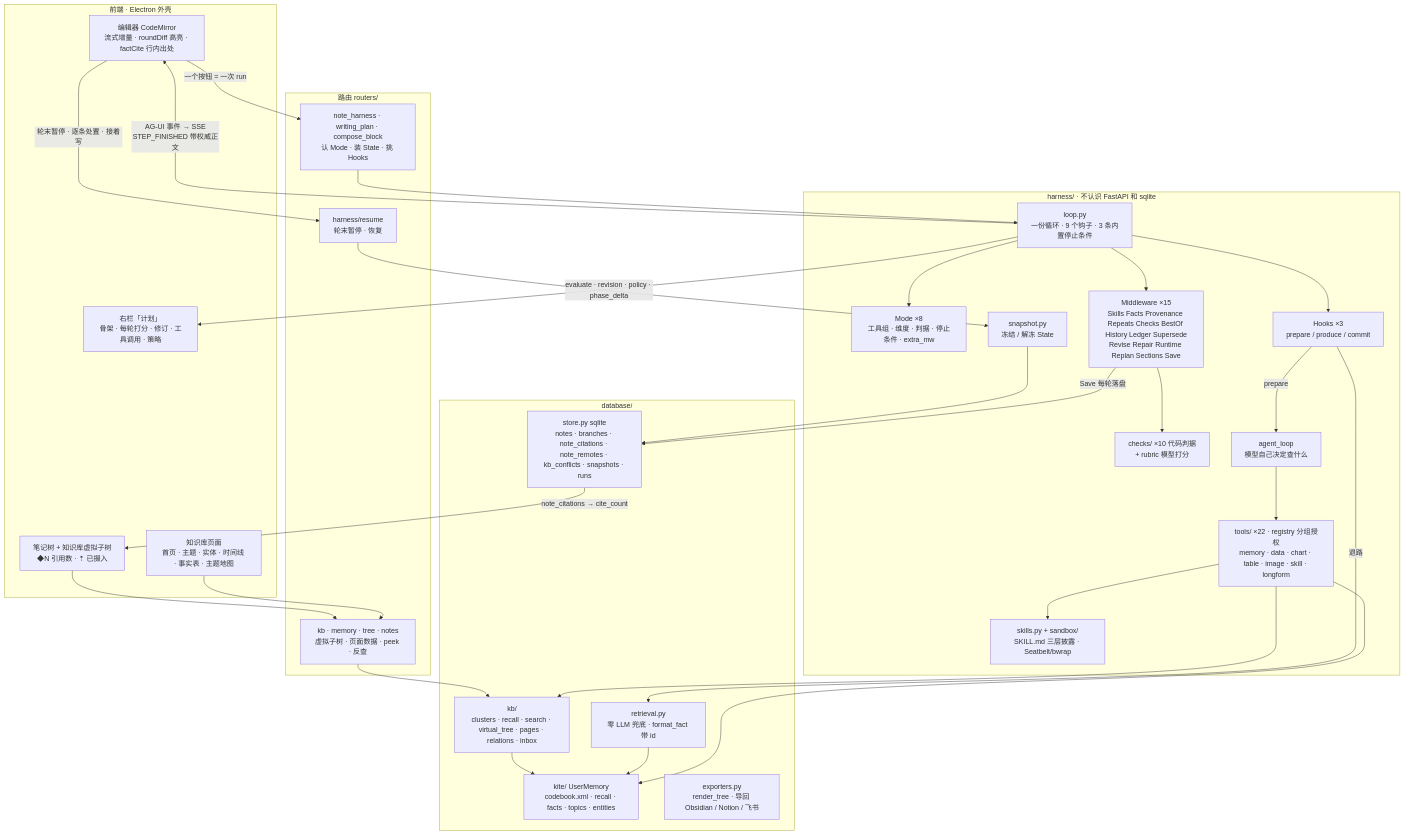
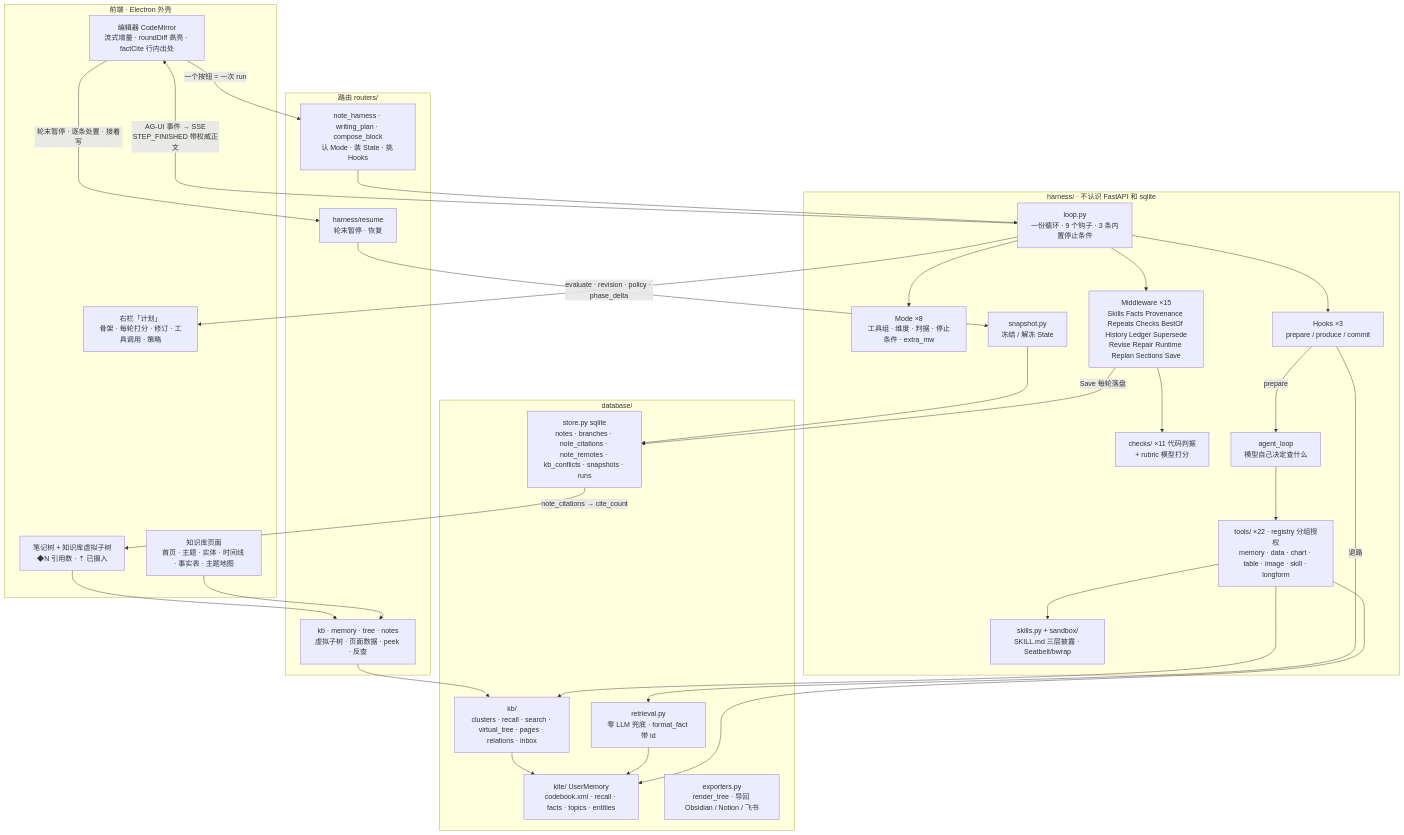
One commit to huilongbaba/MEMOKET_NOTE changed the diagram in docs/harness-framework.md. Above: the diagram before and after it, drawn with Mermaid. The commit also changed other lines of this file and 23 other files, not shown here.

````diff
--- a/docs/harness-framework.md
+++ b/docs/harness-framework.md
@@ -41,60 +41,60 @@
 ```mermaid
 flowchart TB
   subgraph UI["前端 · Electron 外壳"]
     ED["编辑器 CodeMirror<br/>流式增量 · roundDiff 高亮 · factCite 行内出处"]
     PLAN["右栏「计划」<br/>骨架 · 每轮打分 · 修订 · 工具调用 · 策略"]
     TREE["笔记树 + 知识库虚拟子树<br/>◆N 引用数 · ⇡ 已摄入"]
     KBP["知识库页面<br/>首页 · 主题 · 实体 · 时间线 · 事实表 · 主题地图"]
   end
 
   subgraph API["路由 routers/"]
     NH["note_harness · writing_plan · compose_block<br/>认 Mode · 装 State · 挑 Hooks"]
     RS["harness/resume<br/>轮末暂停 · 恢复"]
     KBR["kb · memory · tree · notes<br/>虚拟子树 · 页面数据 · peek · 反查"]
   end
 
   subgraph H["harness/ · 不认识 FastAPI 和 sqlite"]
     LOOP["loop.py<br/>一份循环 · 9 个钩子 · 3 条内置停止条件"]
     MODE["Mode ×8<br/>工具组 · 维度 · 判据 · 停止条件 · extra_mw"]
     HOOKS["Hooks ×3<br/>prepare / produce / commit"]
     MW["Middleware ×15<br/>Skills Facts Provenance Repeats Checks BestOf History Ledger Supersede<br/>Revise Repair Runtime Replan Sections Save"]
-    CHK["checks/ ×10 代码判据<br/>+ rubric 模型打分"]
+    CHK["checks/ ×11 代码判据<br/>+ rubric 模型打分"]
     TOOLS["tools/ ×22 · registry 分组授权<br/>memory · data · chart · table · image · skill · longform"]
     AL["agent_loop<br/>模型自己决定查什么"]
     SK["skills.py + sandbox/<br/>SKILL.md 三层披露 · Seatbelt/bwrap"]
     SNAP["snapshot.py<br/>冻结 / 解冻 State"]
   end
 
   subgraph DB["database/"]
     STORE["store.py sqlite<br/>notes · branches · note_citations · note_remotes · kb_conflicts · snapshots · runs"]
     KITE["kite/ UserMemory<br/>codebook.xml · recall · facts · topics · entities"]
     KB["kb/<br/>clusters · recall · search · virtual_tree · pages · relations · inbox"]
     EXP["exporters.py<br/>render_tree · 导回 Obsidian / Notion / 飞书"]
     RET["retrieval.py<br/>零 LLM 兜底 · format_fact 带 id"]
   end
 
   ED -- "一个按钮 = 一次 run" --> NH
   NH --> LOOP
   LOOP --> MODE
   LOOP --> HOOKS
   LOOP --> MW
   MW --> CHK
   HOOKS -- prepare --> AL
   AL --> TOOLS
   TOOLS --> KITE
   TOOLS --> KB
   TOOLS --> SK
   HOOKS -- 退路 --> RET
   RET --> KITE
   MW -- Save 每轮落盘 --> STORE
   SNAP --> STORE
   RS --> SNAP
   LOOP -- "AG-UI 事件 → SSE<br/>STEP_FINISHED 带权威正文" --> ED
   LOOP -- "evaluate · revision · policy · phase_delta" --> PLAN
   STORE -- "note_citations → cite_count" --> TREE
   KBR --> KB
   KB --> KITE
   KBP --> KBR
   TREE --> KBR
   ED -- "轮末暂停 · 逐条处置 · 接着写" --> RS
 ```
````
